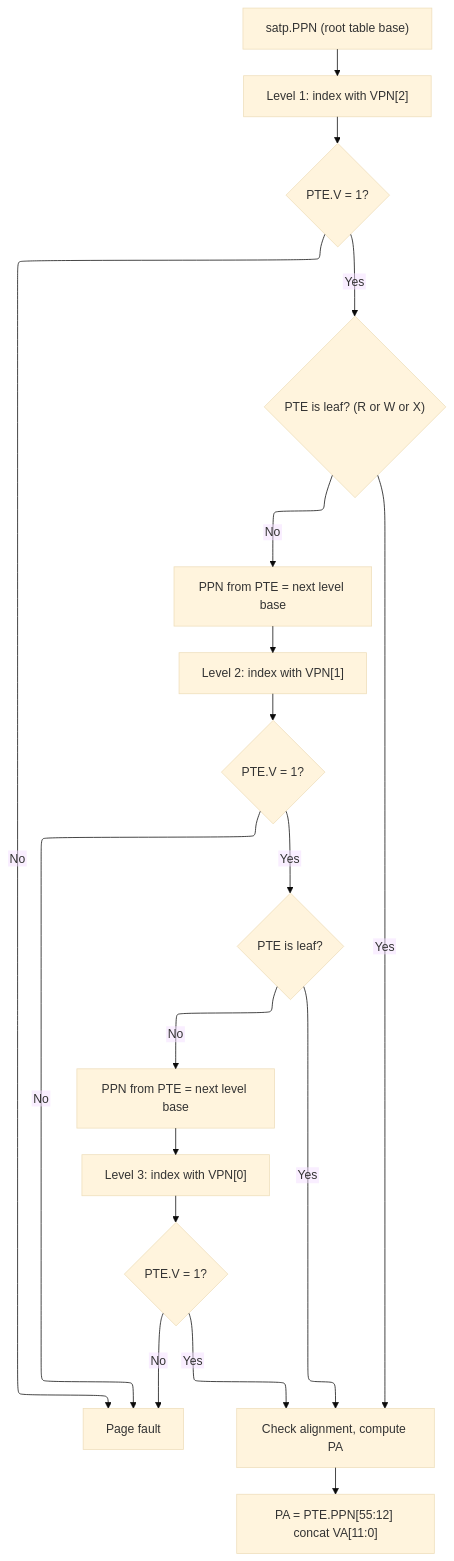
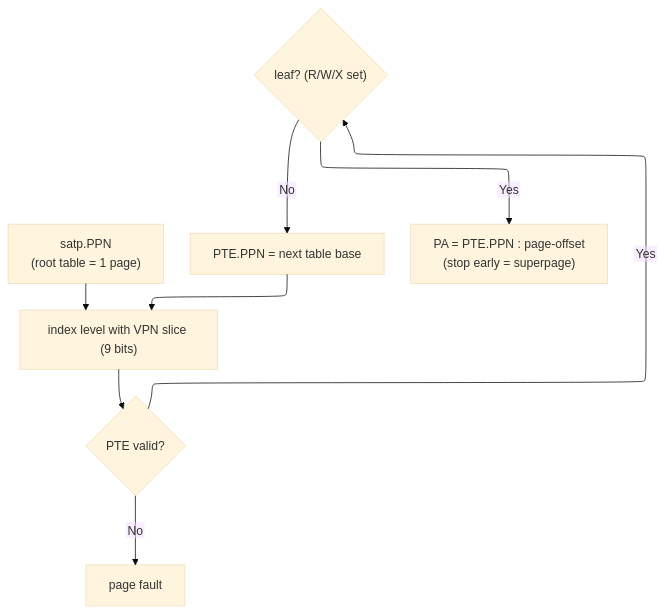
The diagram in 01_Architecture_and_PPA/04_RISC_V_ISA.md (Wty2003328/silicon-design-notebook), drawn with Mermaid (base theme) before and after one commit. The commit also changed other lines of this file and 26 other files, not shown here.

Commit message:
Concept-first hard rework checkpoint: Architecture, Fundamentals, Power folders complete (~25 pages reworked)

````diff
--- a/01_Architecture_and_PPA/04_RISC_V_ISA.md
+++ b/01_Architecture_and_PPA/04_RISC_V_ISA.md
@@ -806,21 +202,11 @@
 ```mermaid
-%%{init: {"flowchart": {"defaultRenderer": "elk", "nodeSpacing": 60, "rankSpacing": 60, "htmlLabels": false}}}%%
+%%{init: {"flowchart": {"defaultRenderer": "elk", "nodeSpacing": 55, "rankSpacing": 55, "htmlLabels": false}}}%%
 flowchart TD
-    A["satp.PPN (root table base)"] --> B["Level 1: index with VPN[2]"]
-    B --> C{"PTE.V = 1?"}
-    C -- No --> FAULT["Page fault"]
-    C -- Yes --> D{"PTE is leaf? (R or W or X)"}
-    D -- Yes --> ALIGN["Check alignment, compute PA"]
-    D -- No --> E["PPN from PTE = next level base"]
-    E --> F["Level 2: index with VPN[1]"]
-    F --> G{"PTE.V = 1?"}
-    G -- No --> FAULT
-    G -- Yes --> H{"PTE is leaf?"}
-    H -- Yes --> ALIGN
-    H -- No --> I["PPN from PTE = next level base"]
-    I --> J["Level 3: index with VPN[0]"]
-    J --> K{"PTE.V = 1?"}
-    K -- No --> FAULT
-    K -- Yes --> ALIGN
-    ALIGN --> DONE["PA = PTE.PPN[55:12] concat VA[11:0]"]
+    A["satp.PPN\n(root table = 1 page)"] --> B["index level with VPN slice (9 bits)"]
+    B --> C{"PTE valid?"}
+    C -- No --> F["page fault"]
+    C -- Yes --> D{"leaf? (R/W/X set)"}
+    D -- No --> E["PTE.PPN = next table base"]
+    E --> B
+    D -- Yes --> G["PA = PTE.PPN : page-offset\n(stop early = superpage)"]
 ```
````
